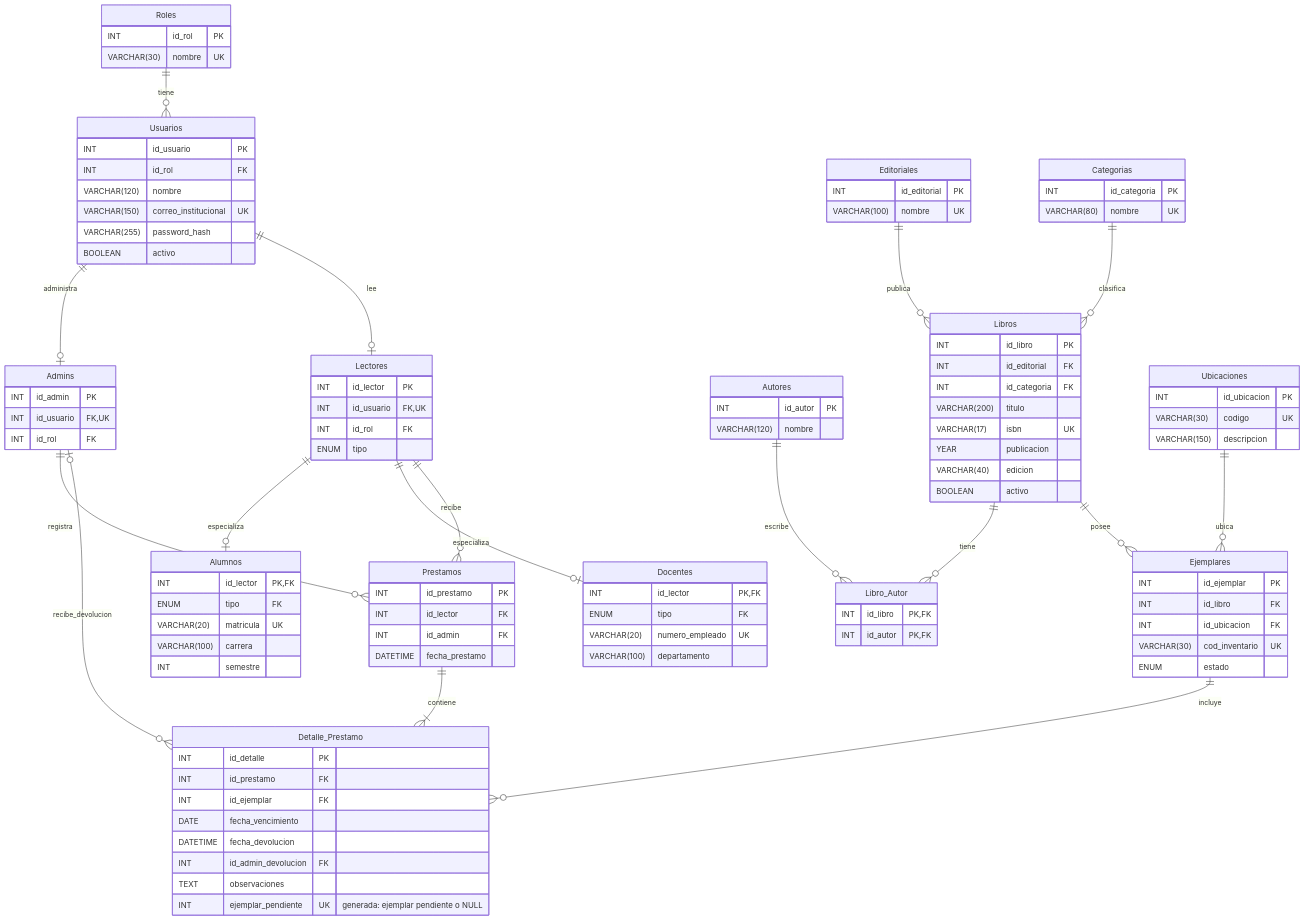
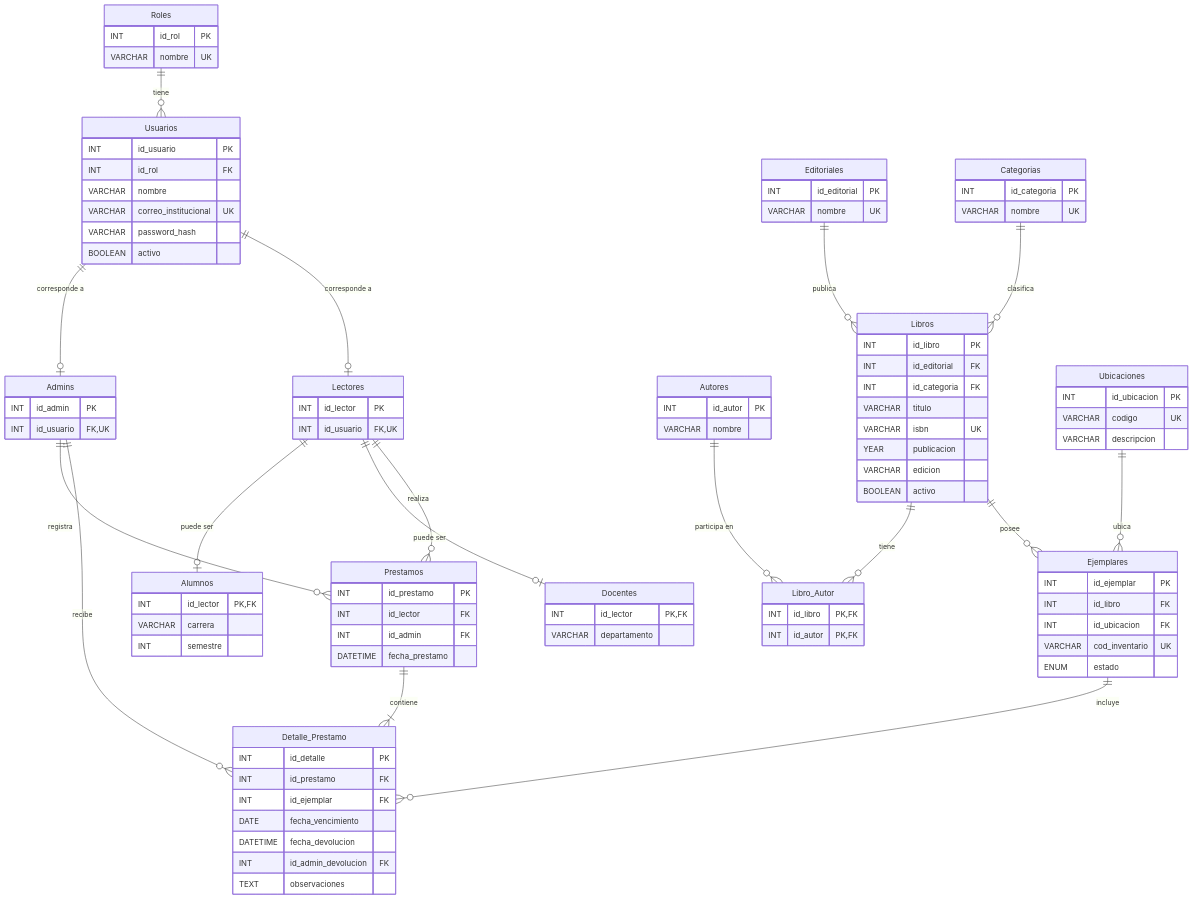
The diagram in readme.md (axelcisneros28032026/BiblioApp), drawn with Mermaid before and after one commit. The commit also changed other lines of this file, not shown here.

````diff
--- a/readme.md
+++ b/readme.md
@@ -73,85 +71,93 @@
 ```mermaid
 erDiagram
+
     Roles {
         INT id_rol PK
-        VARCHAR(30) nombre UK
+        VARCHAR nombre UK
     }
+
     Usuarios {
         INT id_usuario PK
         INT id_rol FK
-        VARCHAR(120) nombre
-        VARCHAR(150) correo_institucional UK
-        VARCHAR(255) password_hash
+        VARCHAR nombre
+        VARCHAR correo_institucional UK
+        VARCHAR password_hash
         BOOLEAN activo
     }
+
     Admins {
         INT id_admin PK
-        INT id_usuario FK,UK
-        INT id_rol FK
+        INT id_usuario FK, UK
     }
+
     Lectores {
         INT id_lector PK
-        INT id_usuario FK,UK
-        INT id_rol FK
-        ENUM tipo
+        INT id_usuario FK, UK
     }
+
     Alumnos {
-        INT id_lector PK,FK
-        ENUM tipo FK
-        VARCHAR(20) matricula UK
-        VARCHAR(100) carrera
+        INT id_lector PK, FK
+        VARCHAR carrera
         INT semestre
     }
+
     Docentes {
-        INT id_lector PK,FK
-        ENUM tipo FK
-        VARCHAR(20) numero_empleado UK
-        VARCHAR(100) departamento
+        INT id_lector PK, FK
+        VARCHAR departamento
     }
+
     Editoriales {
         INT id_editorial PK
-        VARCHAR(100) nombre UK
+        VARCHAR nombre UK
     }
+
     Categorias {
         INT id_categoria PK
-        VARCHAR(80) nombre UK
+        VARCHAR nombre UK
     }
+
     Autores {
         INT id_autor PK
-        VARCHAR(120) nombre
+        VARCHAR nombre
     }
+
     Libros {
         INT id_libro PK
         INT id_editorial FK
         INT id_categoria FK
-        VARCHAR(200) titulo
-        VARCHAR(17) isbn UK
+        VARCHAR titulo
+        VARCHAR isbn UK
         YEAR publicacion
-        VARCHAR(40) edicion
+        VARCHAR edicion
         BOOLEAN activo
     }
+
     Libro_Autor {
-        INT id_libro PK,FK
-        INT id_autor PK,FK
+        INT id_libro PK, FK
+        INT id_autor PK, FK
     }
+
     Ubicaciones {
         INT id_ubicacion PK
-        VARCHAR(30) codigo UK
-        VARCHAR(150) descripcion
+        VARCHAR codigo UK
+        VARCHAR descripcion
     }
+
     Ejemplares {
         INT id_ejemplar PK
         INT id_libro FK
         INT id_ubicacion FK
-        VARCHAR(30) cod_inventario UK
+        VARCHAR cod_inventario UK
         ENUM estado
     }
+
     Prestamos {
         INT id_prestamo PK
         INT id_lector FK
         INT id_admin FK
         DATETIME fecha_prestamo
     }
+
     Detalle_Prestamo {
         INT id_detalle PK
         INT id_prestamo FK
@@ -160,22 +166,29 @@
         DATETIME fecha_devolucion
         INT id_admin_devolucion FK
         TEXT observaciones
-        INT ejemplar_pendiente UK "generada: ejemplar pendiente o NULL"
     }
+
     Roles ||--o{ Usuarios : tiene
-    Usuarios ||--o| Admins : administra
-    Usuarios ||--o| Lectores : lee
-    Lectores ||--o| Alumnos : especializa
-    Lectores ||--o| Docentes : especializa
+
+    Usuarios ||--o| Admins : "corresponde a"
+    Usuarios ||--o| Lectores : "corresponde a"
+
+    Lectores ||--o| Alumnos : "puede ser"
+    Lectores ||--o| Docentes : "puede ser"
+
     Editoriales ||--o{ Libros : publica
     Categorias ||--o{ Libros : clasifica
+
     Libros ||--o{ Libro_Autor : tiene
-    Autores ||--o{ Libro_Autor : escribe
+    Autores ||--o{ Libro_Autor : "participa en"
+
     Libros ||--o{ Ejemplares : posee
     Ubicaciones ||--o{ Ejemplares : ubica
-    Lectores ||--o{ Prestamos : recibe
+
+    Lectores ||--o{ Prestamos : realiza
     Admins ||--o{ Prestamos : registra
+
     Prestamos ||--|{ Detalle_Prestamo : contiene
     Ejemplares ||--o{ Detalle_Prestamo : incluye
-    Admins |o--o{ Detalle_Prestamo : recibe_devolucion
+    Admins ||--o{ Detalle_Prestamo : recibe
 ```
````
